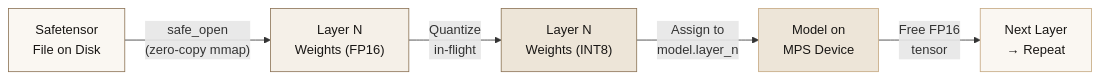
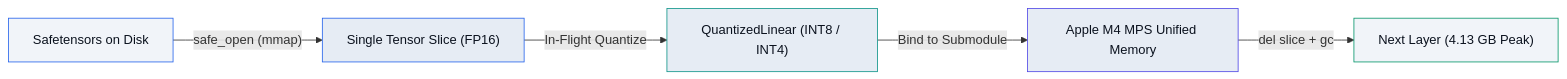
Before and after one commit to ivin-baiju/Custom_SLM_Inference: the second of 2 diagrams in README.md, drawn with Mermaid. The commit also changed other lines of this file and 12 other files, not shown here.

````diff
--- a/README.md
+++ b/README.md
@@ -219,13 +116,13 @@
 ```mermaid
 flowchart LR
-    A["Safetensor\nFile on Disk"] -->|"safe_open\n(zero-copy mmap)"| B["Layer N\nWeights (FP16)"]
-    B -->|"Quantize\nin-flight"| C["Layer N\nWeights (INT8)"]
-    C -->|"Assign to\nmodel.layer_n"| D["Model on\nMPS Device"]
-    D -->|"Free FP16\ntensor"| E["Next Layer\n→ Repeat"]
+    A["Safetensors on Disk"] -->|"safe_open (mmap)"| B["Single Tensor Slice (FP16)"]
+    B -->|"In-Flight Quantize"| C["QuantizedLinear (INT8 / INT4)"]
+    C -->|"Bind to Submodule"| D["Apple M4 MPS Unified Memory"]
+    D -->|"del slice + gc"| E["Next Layer (4.13 GB Peak)"]
 
-    style A fill:#FAF7F2,stroke:#8C7355,color:#181614
-    style B fill:#F5F0E8,stroke:#8C7355,color:#181614
-    style C fill:#EDE5D8,stroke:#8C7355,color:#181614
-    style D fill:#EDE5D8,stroke:#C5A880,color:#181614
-    style E fill:#FAF7F2,stroke:#C5A880,color:#181614
+    style A fill:#F1F4F9,stroke:#2563EB,color:#0B121E
+    style B fill:#E6ECF4,stroke:#2563EB,color:#0B121E
+    style C fill:#E6ECF4,stroke:#0D9488,color:#0B121E
+    style D fill:#E6ECF4,stroke:#4F46E5,color:#0B121E
+    style E fill:#F1F4F9,stroke:#059669,color:#0B121E
 ```
````
